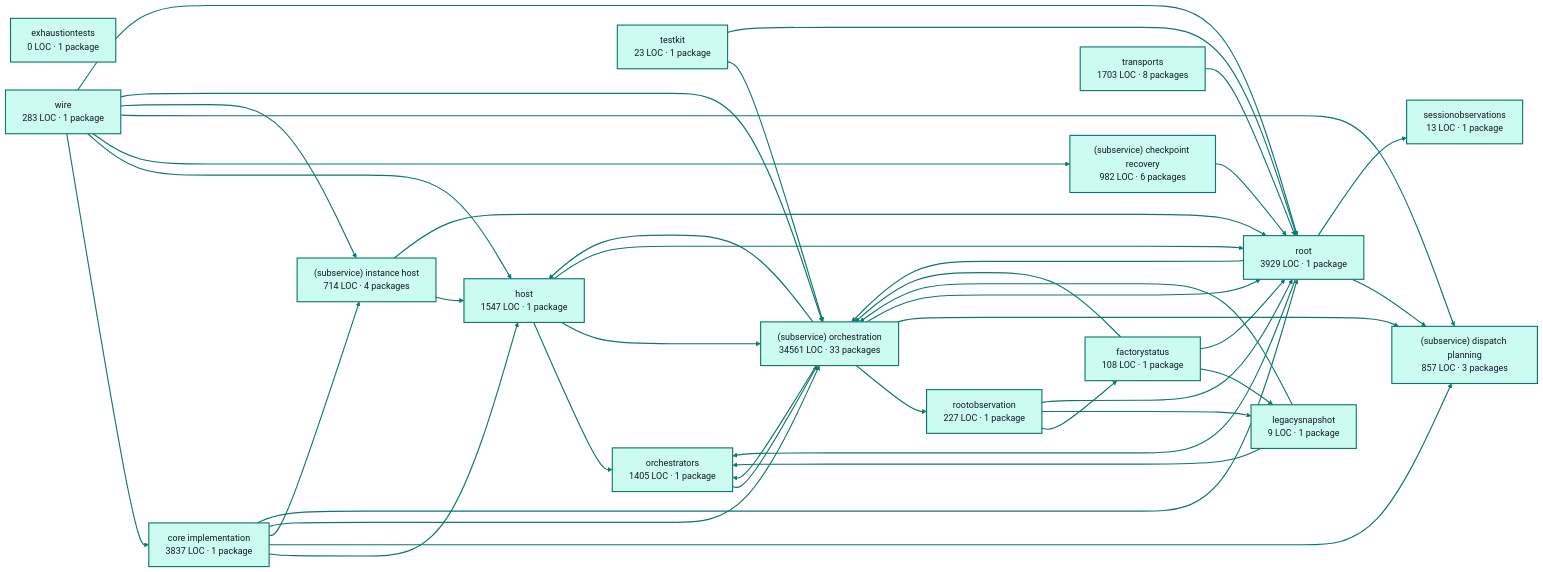
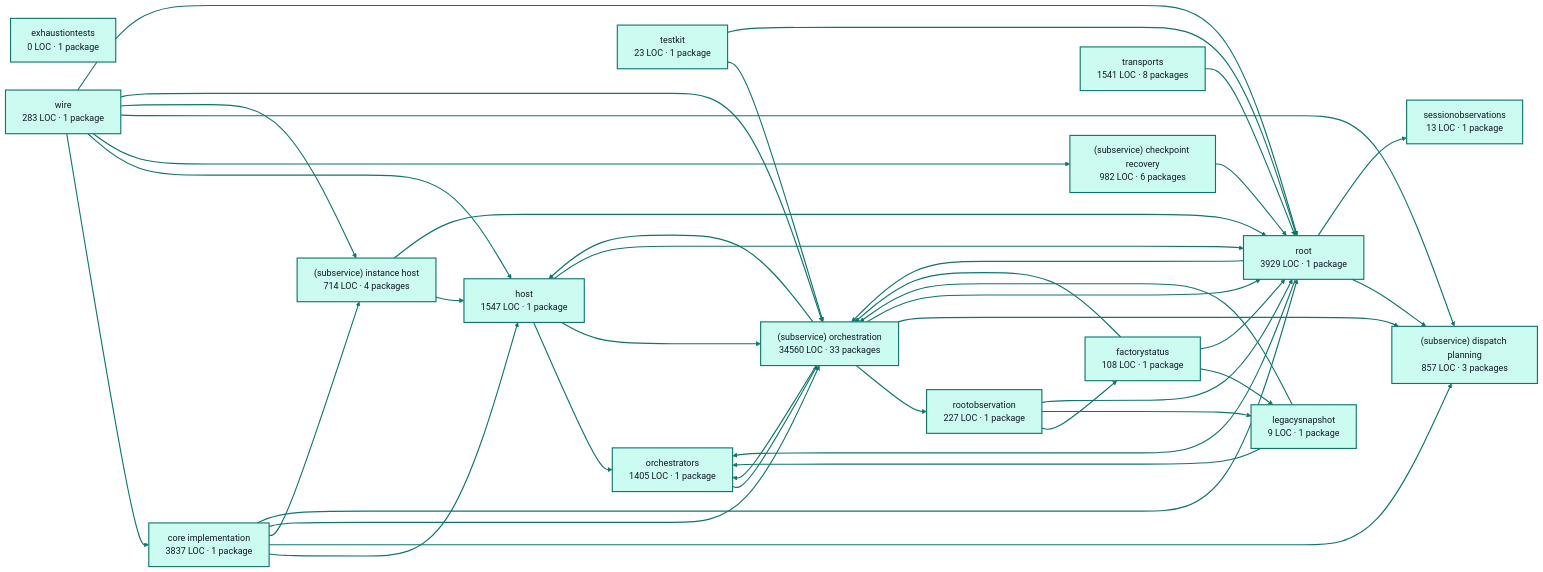
One commit to portpowered/you-agent-factory changed the diagram in docs/architecture/visualizations/services/factory_runtime.md. Above: the diagram before and after it, drawn with Mermaid (base theme). The commit also changed other lines of this file and 20 other files, not shown here.

Commit message:
docs: refresh backend architecture visualizations

````diff
--- a/docs/architecture/visualizations/services/factory_runtime.md
+++ b/docs/architecture/visualizations/services/factory_runtime.md
@@ -11,75 +11,75 @@
 ```mermaid
 flowchart LR
   p0["core implementation<br/>3837 LOC · 1 package"]
   p1["exhaustiontests<br/>0 LOC · 1 package"]
   p2["factorystatus<br/>108 LOC · 1 package"]
   p3["host<br/>1547 LOC · 1 package"]
   p4["legacysnapshot<br/>9 LOC · 1 package"]
   p5["orchestrators<br/>1405 LOC · 1 package"]
   p6["rootobservation<br/>227 LOC · 1 package"]
   p7["(subservice) checkpoint recovery<br/>982 LOC · 6 packages"]
   p8["(subservice) dispatch planning<br/>857 LOC · 3 packages"]
   p9["(subservice) instance host<br/>714 LOC · 4 packages"]
-  p10["(subservice) orchestration<br/>34561 LOC · 33 packages"]
+  p10["(subservice) orchestration<br/>34560 LOC · 33 packages"]
   p11["sessionobservations<br/>13 LOC · 1 package"]
   p12["testkit<br/>23 LOC · 1 package"]
   p13["root<br/>3929 LOC · 1 package"]
-  p14["transports<br/>1703 LOC · 8 packages"]
+  p14["transports<br/>1541 LOC · 8 packages"]
   p15["wire<br/>283 LOC · 1 package"]
   p0 --> p3
   p0 --> p8
   p0 --> p9
   p0 --> p10
   p0 --> p13
   p2 --> p4
   p2 --> p10
   p2 --> p13
   p3 --> p5
   p3 --> p10
   p3 --> p13
   p4 --> p5
   p4 --> p10
   p5 --> p10
   p6 --> p2
   p6 --> p4
   p6 --> p13
   p7 --> p13
   p9 --> p3
   p9 --> p13
   p10 --> p3
   p10 --> p5
   p10 --> p6
   p10 --> p8
   p10 --> p13
   p12 --> p10
   p12 --> p13
   p13 --> p5
   p13 --> p8
   p13 --> p10
   p13 --> p11
   p14 --> p13
   p15 --> p0
   p15 --> p3
   p15 --> p7
   p15 --> p8
   p15 --> p9
   p15 --> p10
   p15 --> p13
   style p0 fill:#ccfbf1,stroke:#0f766e,stroke-width:2px,color:#111827
   style p1 fill:#ccfbf1,stroke:#0f766e,stroke-width:2px,color:#111827
   style p2 fill:#ccfbf1,stroke:#0f766e,stroke-width:2px,color:#111827
   style p3 fill:#ccfbf1,stroke:#0f766e,stroke-width:2px,color:#111827
   style p4 fill:#ccfbf1,stroke:#0f766e,stroke-width:2px,color:#111827
   style p5 fill:#ccfbf1,stroke:#0f766e,stroke-width:2px,color:#111827
   style p6 fill:#ccfbf1,stroke:#0f766e,stroke-width:2px,color:#111827
   style p7 fill:#ccfbf1,stroke:#0f766e,stroke-width:2px,color:#111827
   style p8 fill:#ccfbf1,stroke:#0f766e,stroke-width:2px,color:#111827
   style p9 fill:#ccfbf1,stroke:#0f766e,stroke-width:2px,color:#111827
   style p10 fill:#ccfbf1,stroke:#0f766e,stroke-width:2px,color:#111827
   style p11 fill:#ccfbf1,stroke:#0f766e,stroke-width:2px,color:#111827
   style p12 fill:#ccfbf1,stroke:#0f766e,stroke-width:2px,color:#111827
   style p13 fill:#ccfbf1,stroke:#0f766e,stroke-width:2px,color:#111827
   style p14 fill:#ccfbf1,stroke:#0f766e,stroke-width:2px,color:#111827
   style p15 fill:#ccfbf1,stroke:#0f766e,stroke-width:2px,color:#111827
   linkStyle default stroke:#0f766e,stroke-width:2px
 ```
````
